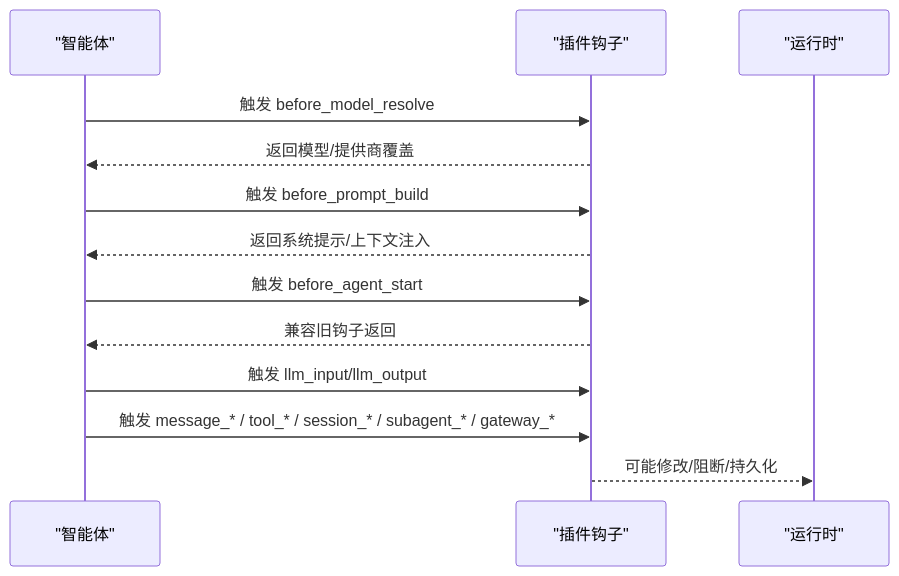
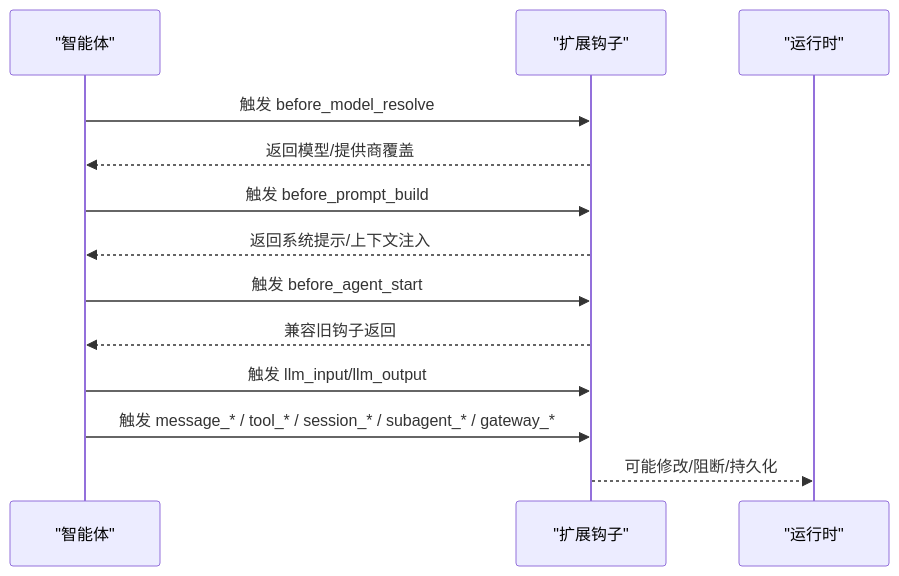
One commit to verse-ai-org/openclaw changed the sixth of 9 diagrams in .qoder/repowiki/zh/content/插件系统/插件系统.md. Above: the diagram before and after it, drawn with Mermaid. The commit also changed other lines of this file and 9 other files, not shown here.

````diff
--- a/.qoder/repowiki/zh/content/插件系统/插件系统.md
+++ b/.qoder/repowiki/zh/content/插件系统/插件系统.md
@@ -247,15 +770,15 @@
 ```mermaid
 sequenceDiagram
 participant Agent as "智能体"
-participant Hooks as "插件钩子"
+participant Hooks as "扩展钩子"
 participant Runtime as "运行时"
 Agent->>Hooks : 触发 before_model_resolve
 Hooks-->>Agent : 返回模型/提供商覆盖
 Agent->>Hooks : 触发 before_prompt_build
 Hooks-->>Agent : 返回系统提示/上下文注入
 Agent->>Hooks : 触发 before_agent_start
 Hooks-->>Agent : 兼容旧钩子返回
 Agent->>Hooks : 触发 llm_input/llm_output
 Agent->>Hooks : 触发 message_* / tool_* / session_* / subagent_* / gateway_*
 Hooks-->>Runtime : 可能修改/阻断/持久化
 ```
````
